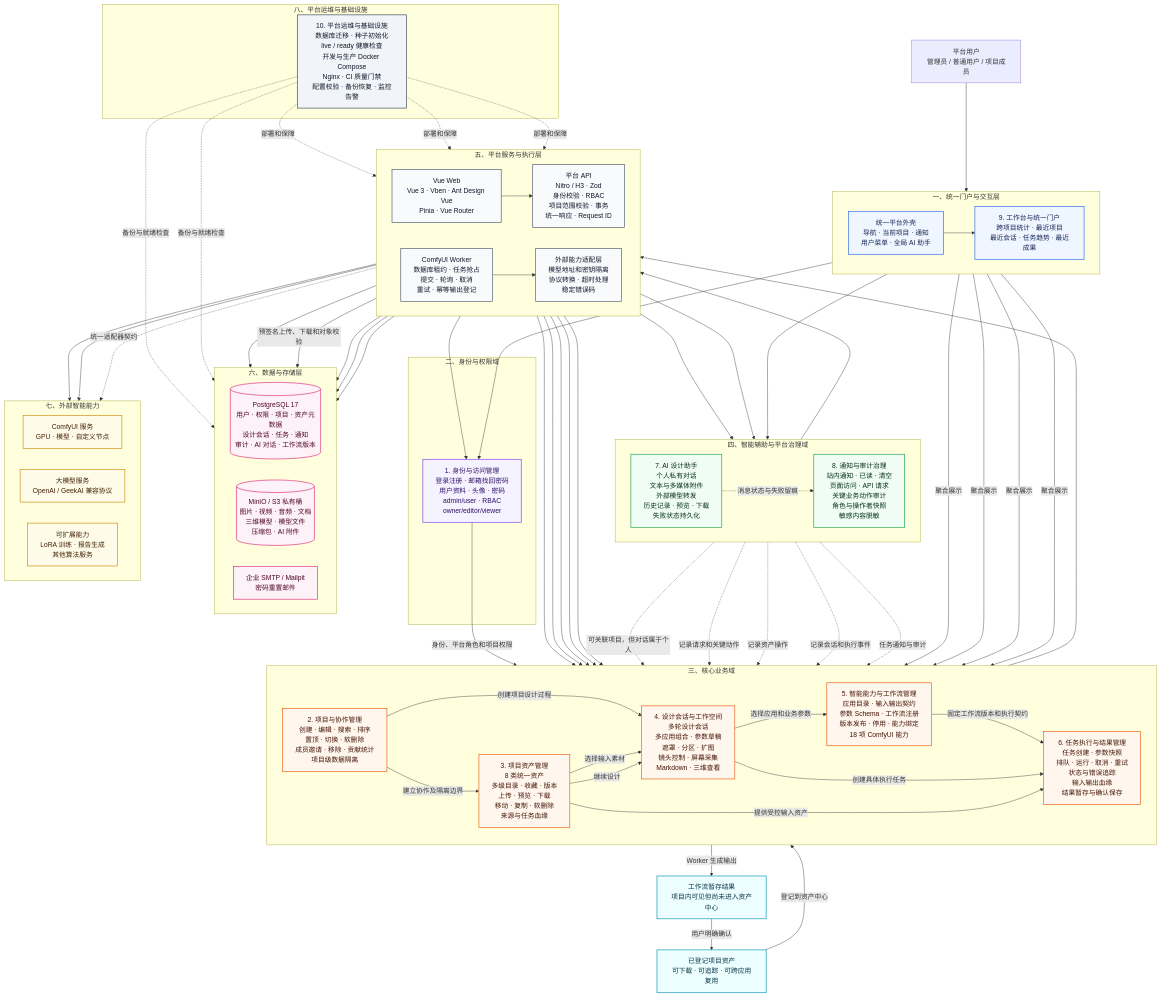
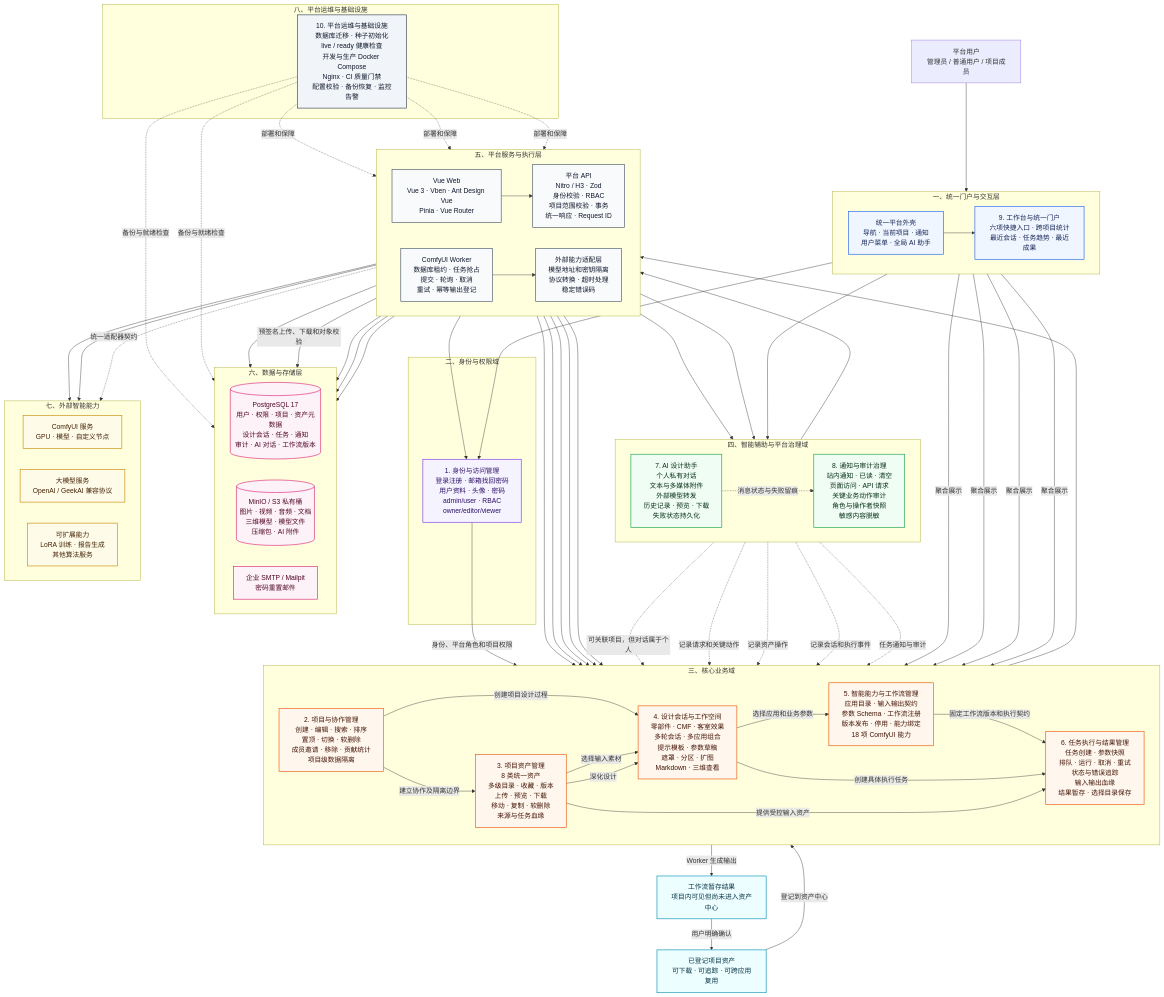
One commit to hywchina/vue-vben-admin changed the diagram in README.md. Above: the diagram before and after it, drawn with Mermaid. The commit also changed other lines of this file and 6 other files, not shown here.

```diff
--- a/README.md
+++ b/README.md
@@ -21,7 +23,7 @@
 
     subgraph EXPERIENCE["一、统一门户与交互层"]
         direction LR
-        WORKBENCH["9. 工作台与统一门户<br/>跨项目统计 · 最近项目<br/>最近会话 · 任务趋势 · 最近成果"]
+        WORKBENCH["9. 工作台与统一门户<br/>六项快捷入口 · 跨项目统计<br/>最近会话 · 任务趋势 · 最近成果"]
         SHELL["统一平台外壳<br/>导航 · 当前项目 · 通知<br/>用户菜单 · 全局 AI 助手"]
     end
 
@@ -36,11 +38,11 @@
 
         ASSET["3. 项目资产管理<br/>8 类统一资产<br/>多级目录 · 收藏 · 版本<br/>上传 · 预览 · 下载<br/>移动 · 复制 · 软删除<br/>来源与任务血缘"]
 
-        DESIGN["4. 设计会话与工作空间<br/>多轮设计会话<br/>多应用组合 · 参数草稿<br/>遮罩 · 分区 · 扩图<br/>镜头控制 · 屏幕采集<br/>Markdown · 三维查看"]
+        DESIGN["4. 设计会话与工作空间<br/>零部件 · CMF · 客室效果<br/>多轮会话 · 多应用组合<br/>提示模板 · 参数草稿<br/>遮罩 · 分区 · 扩图<br/>Markdown · 三维查看"]
 
         CAPABILITY["5. 智能能力与工作流管理<br/>应用目录 · 输入输出契约<br/>参数 Schema · 工作流注册<br/>版本发布 · 停用 · 能力绑定<br/>18 项 ComfyUI 能力"]
 
-        JOB["6. 任务执行与结果管理<br/>任务创建 · 参数快照<br/>排队 · 运行 · 取消 · 重试<br/>状态与错误追踪<br/>输入输出血缘<br/>结果暂存与确认保存"]
+        JOB["6. 任务执行与结果管理<br/>任务创建 · 参数快照<br/>排队 · 运行 · 取消 · 重试<br/>状态与错误追踪<br/>输入输出血缘<br/>结果暂存 · 选择目录保存"]
     end
 
     STAGED["工作流暂存结果<br/>项目内可见但尚未进入资产中心"]
@@ -108,7 +110,7 @@
     JOB -->|"Worker 生成输出"| STAGED
     STAGED -->|"用户明确确认"| SAVED
     SAVED -->|"登记到资产中心"| ASSET
-    ASSET -->|"继续设计"| DESIGN
+    ASSET -->|"深化设计"| DESIGN
 
     SHELL --> ASSISTANT
     ASSISTANT -. "可关联项目，但对话属于个人" .-> PROJECT
```
